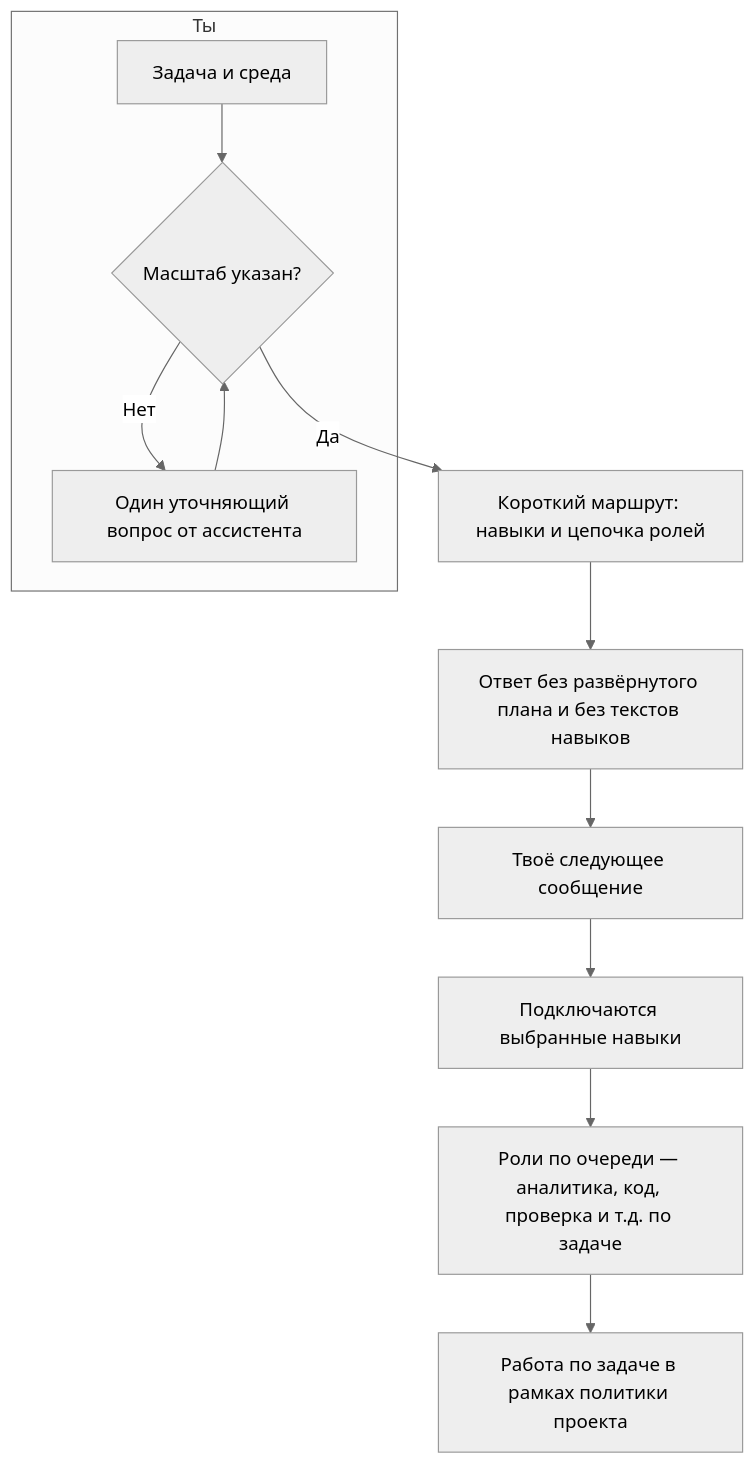
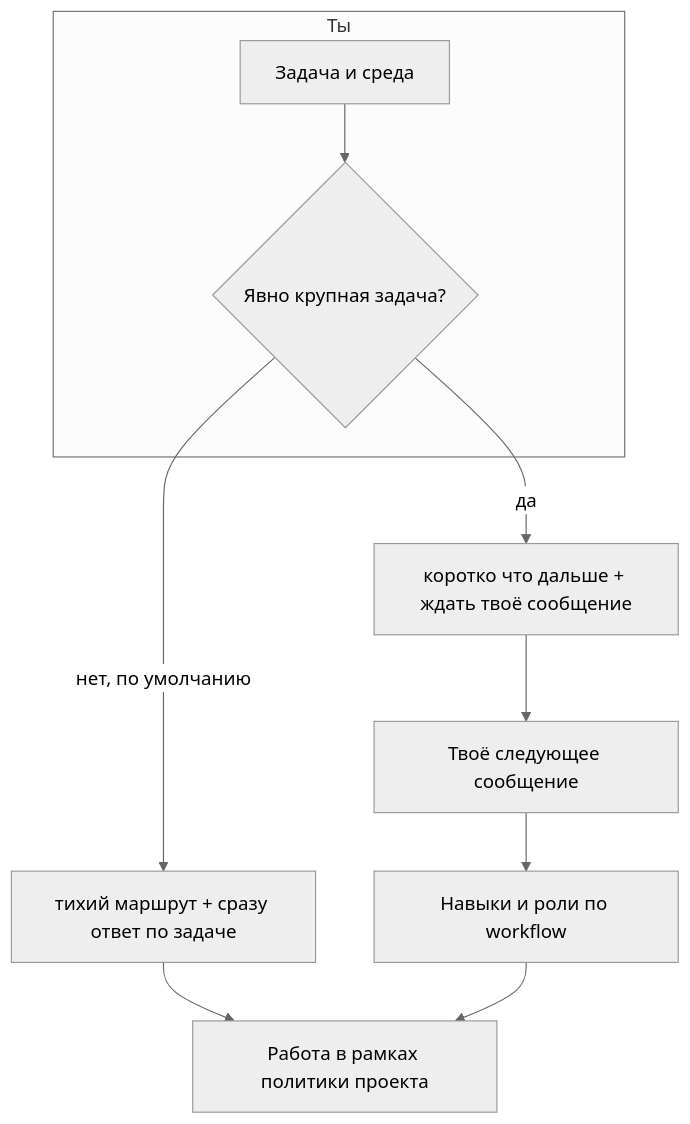
Before and after one commit to Mempemp/Pauk_1C: the diagram in README.md, drawn with Mermaid (neutral theme). The commit also changed other lines of this file and 6 other files, not shown here.

````diff
--- a/README.md
+++ b/README.md
@@ -23,17 +23,15 @@
 ```mermaid
 flowchart TD
   subgraph you["Ты"]
     T[Задача и среда]
-    S{Масштаб указан?}
-    T --> S
-    S -->|Нет| Q[Один уточняющий вопрос от ассистента]
-    Q --> S
+    B{Явно крупная задача?}
+    T --> B
   end
 
-  S -->|Да| R[Короткий маршрут: навыки и цепочка ролей]
-  R --> O[Ответ без развёрнутого плана и без текстов навыков]
-  O --> N[Твоё следующее сообщение]
-  N --> W[Подключаются выбранные навыки]
-  W --> F[Роли по очереди — аналитика, код, проверка и т.д. по задаче]
-  F --> X[Работа по задаче в рамках политики проекта]
+  B -->|нет, по умолчанию| R1[тихий маршрут + сразу ответ по задаче]
+  B -->|да| R2[коротко что дальше + ждать твоё сообщение]
+  R2 --> N[Твоё следующее сообщение]
+  N --> W[Навыки и роли по workflow]
+  R1 --> X[Работа в рамках политики проекта]
+  W --> X
 ```
````
